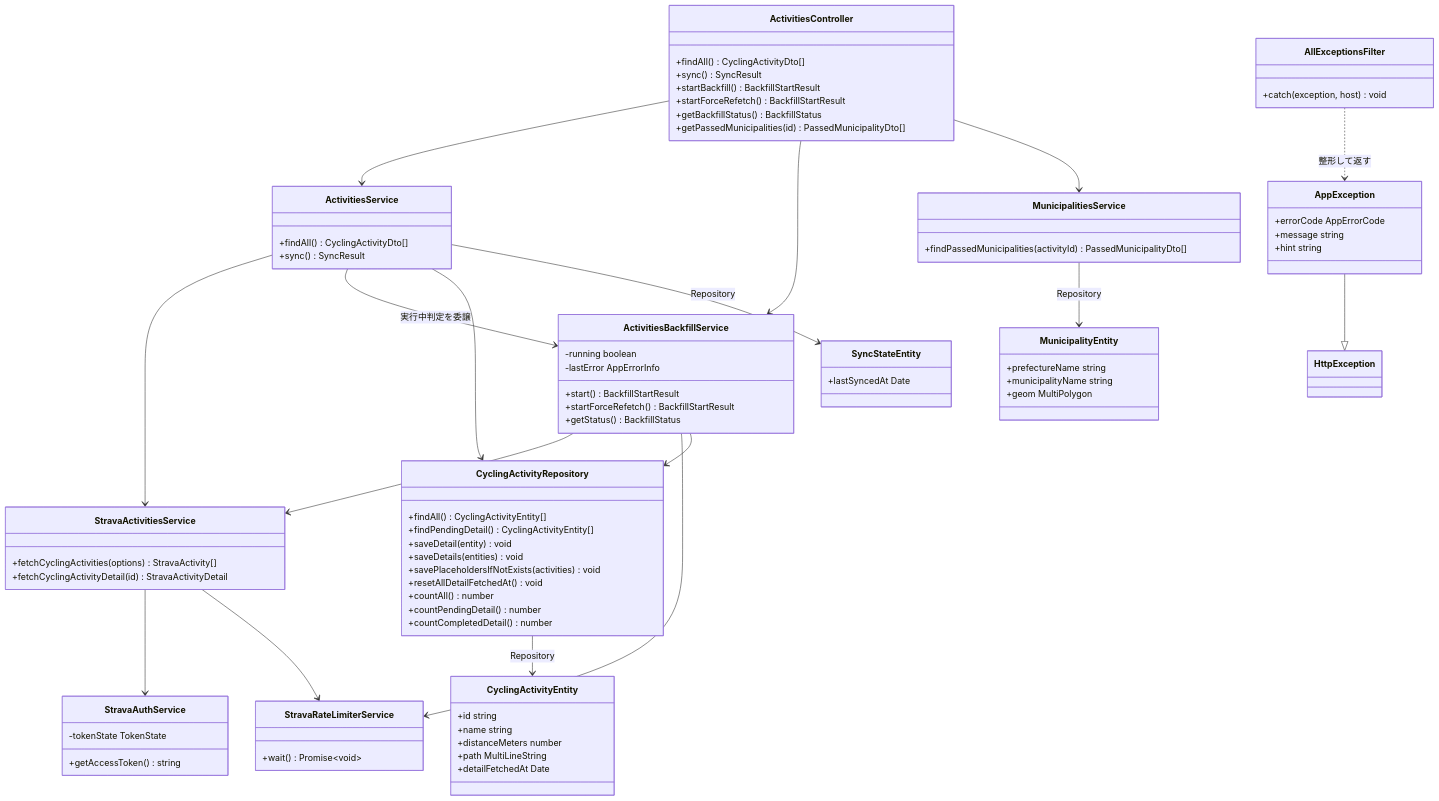
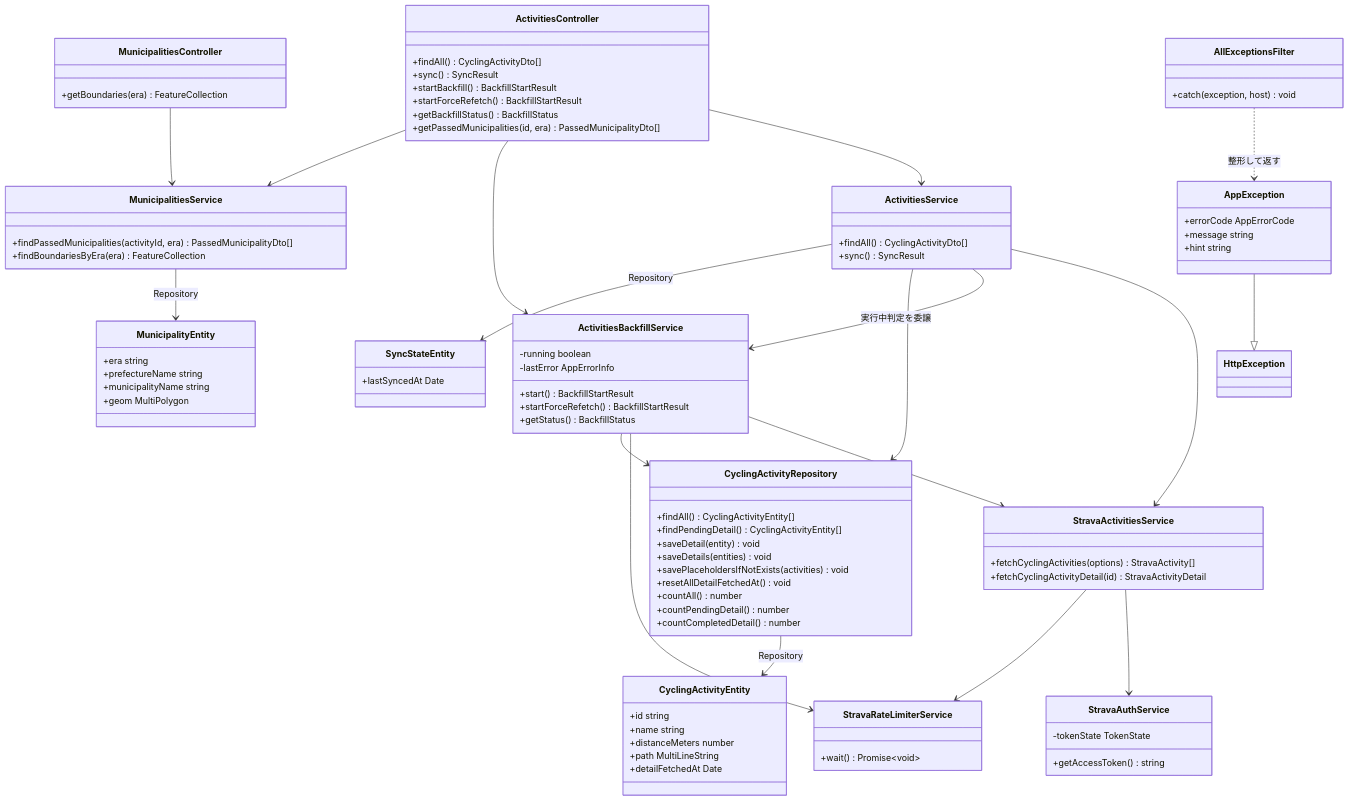
The first of 3 diagrams in designs/class_diagram.md (hyoiutu/geoInfo_viewer), drawn with Mermaid before and after one commit. The commit also changed 5 other files, not shown here.

```diff
--- a/designs/class_diagram.md
+++ b/designs/class_diagram.md
@@ -14,7 +14,10 @@
         +startBackfill() BackfillStartResult
         +startForceRefetch() BackfillStartResult
         +getBackfillStatus() BackfillStatus
-        +getPassedMunicipalities(id) PassedMunicipalityDto[]
+        +getPassedMunicipalities(id, era) PassedMunicipalityDto[]
+    }
+    class MunicipalitiesController {
+        +getBoundaries(era) FeatureCollection
     }
     class ActivitiesService {
         +findAll() CyclingActivityDto[]
@@ -39,7 +42,8 @@
         +wait() Promise~void~
     }
     class MunicipalitiesService {
-        +findPassedMunicipalities(activityId) PassedMunicipalityDto[]
+        +findPassedMunicipalities(activityId, era) PassedMunicipalityDto[]
+        +findBoundariesByEra(era) FeatureCollection
     }
     class CyclingActivityRepository {
         +findAll() CyclingActivityEntity[]
@@ -63,6 +67,7 @@
         +lastSyncedAt Date
     }
     class MunicipalityEntity {
+        +era string
         +prefectureName string
         +municipalityName string
         +geom MultiPolygon
@@ -81,6 +86,7 @@
     ActivitiesController --> ActivitiesService
     ActivitiesController --> ActivitiesBackfillService
     ActivitiesController --> MunicipalitiesService
+    MunicipalitiesController --> MunicipalitiesService
     ActivitiesService --> StravaActivitiesService
     ActivitiesService --> ActivitiesBackfillService : 実行中判定を委譲
     ActivitiesService --> CyclingActivityRepository
```
